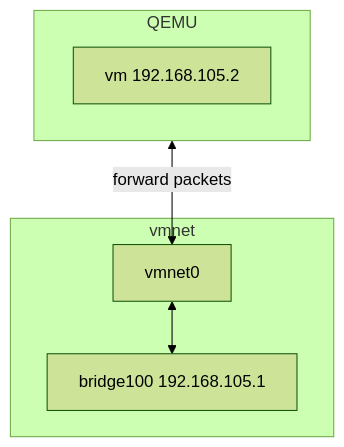
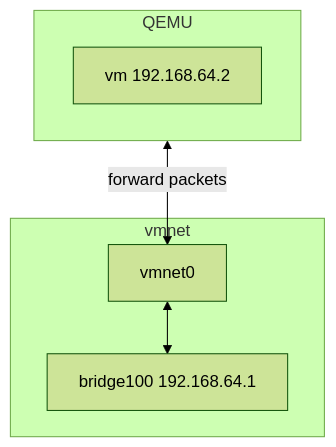
The first of 3 diagrams in docs/architecture.md (nirs/vmnet-helper), drawn with Mermaid (forest theme) before and after one commit. The commit also changed other lines of this file and 5 other files, not shown here.

````diff
--- a/docs/architecture.md
+++ b/docs/architecture.md
@@ -25,15 +25,15 @@
 ```mermaid
 flowchart TB
   subgraph qemu["QEMU"]
-    vm1["vm 192.168.105.2"]
+    vm1["vm 192.168.64.2"]
   end
 
   subgraph vmnet
     vmnet0
-    bridge["bridge100 192.168.105.1"]
+    bridge["bridge100 192.168.64.1"]
 
     vmnet0 <--> bridge
   end
 
   qemu <-->|"forward packets"| vmnet0
 ```
````
